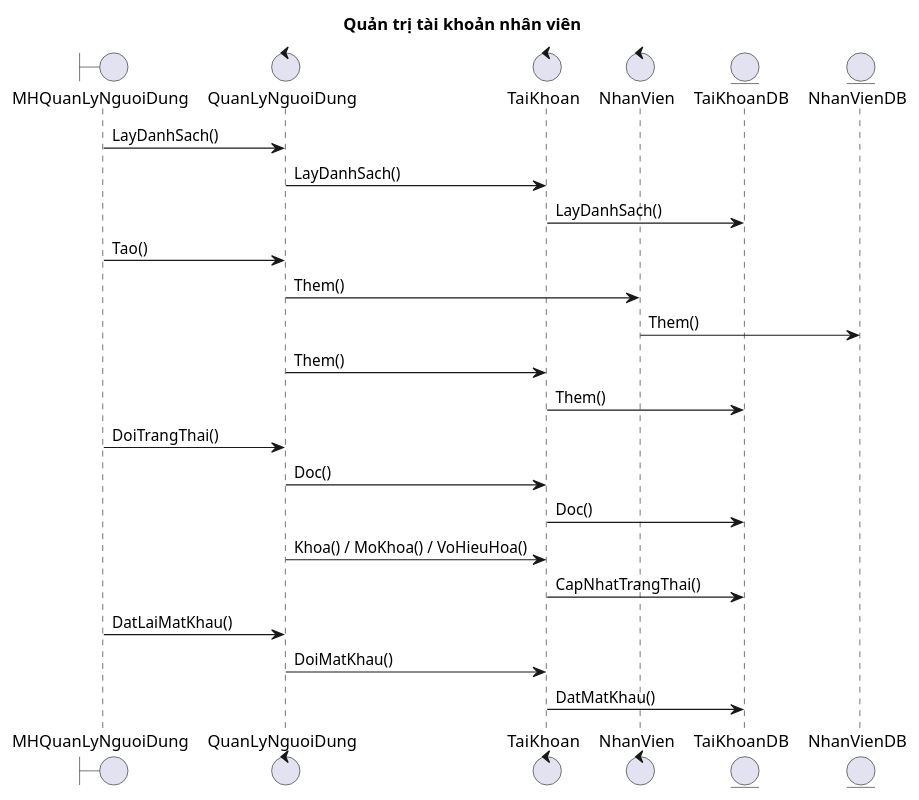
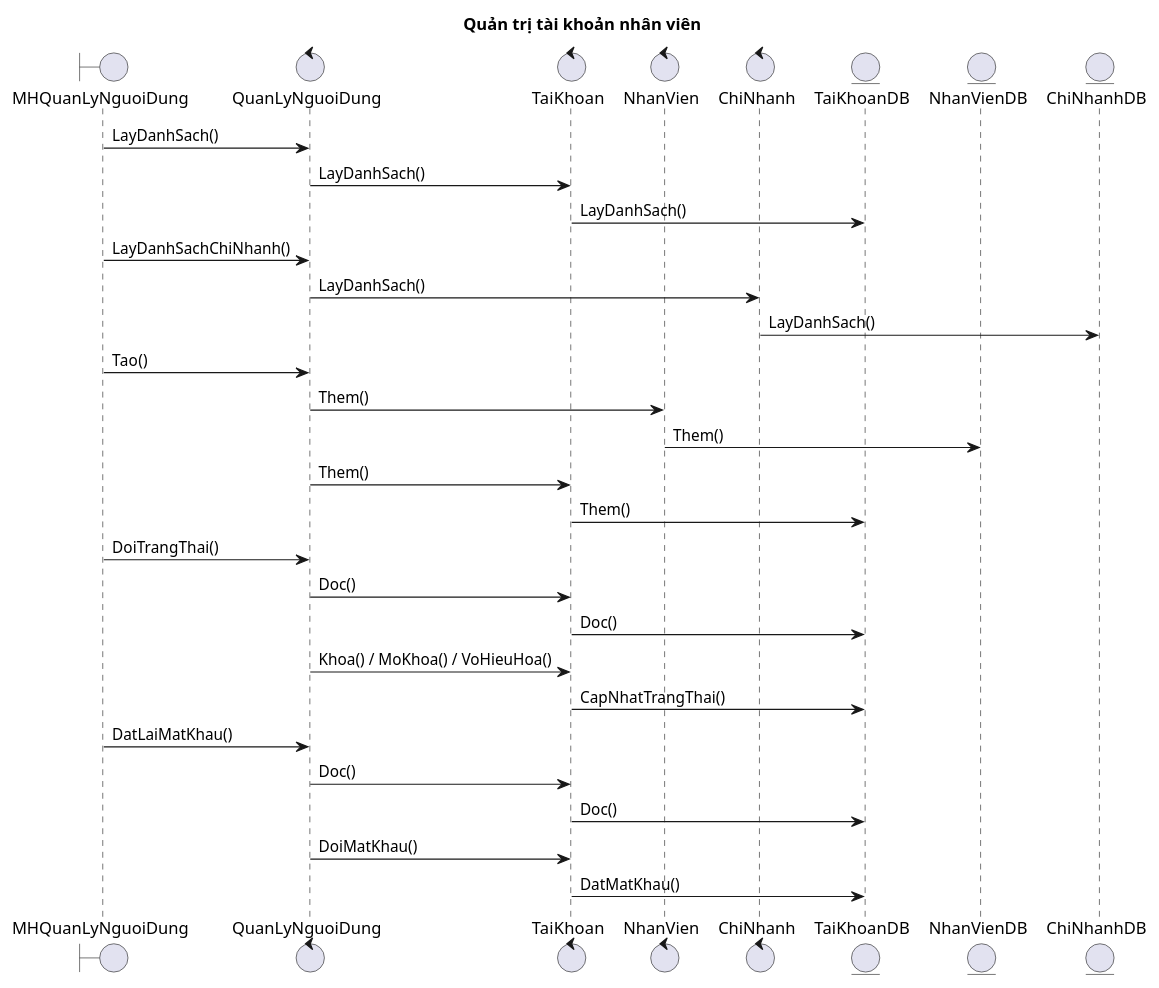
One commit to Ming1309/HomeStay-Dorm changed the diagram in docs/uml/quan-tri-user-sequence.puml. Above: the diagram before and after it, drawn with PlantUML. The commit also changed 29 other files, not shown here.

```diff
--- a/docs/uml/quan-tri-user-sequence.puml
+++ b/docs/uml/quan-tri-user-sequence.puml
@@ -1,28 +1,35 @@
 @startuml
 title Quản trị tài khoản nhân viên
 skinparam responseMessageBelowArrow true
 
 boundary MHQuanLyNguoiDung
 control QuanLyNguoiDung
 control TaiKhoan
 control NhanVien
+control ChiNhanh
 entity TaiKhoanDB
 entity NhanVienDB
+entity ChiNhanhDB
 
 MHQuanLyNguoiDung -> QuanLyNguoiDung: LayDanhSach()
 QuanLyNguoiDung -> TaiKhoan: LayDanhSach()
 TaiKhoan -> TaiKhoanDB: LayDanhSach()
+MHQuanLyNguoiDung -> QuanLyNguoiDung: LayDanhSachChiNhanh()
+QuanLyNguoiDung -> ChiNhanh: LayDanhSach()
+ChiNhanh -> ChiNhanhDB: LayDanhSach()
 MHQuanLyNguoiDung -> QuanLyNguoiDung: Tao()
 QuanLyNguoiDung -> NhanVien: Them()
 NhanVien -> NhanVienDB: Them()
 QuanLyNguoiDung -> TaiKhoan: Them()
 TaiKhoan -> TaiKhoanDB: Them()
 MHQuanLyNguoiDung -> QuanLyNguoiDung: DoiTrangThai()
 QuanLyNguoiDung -> TaiKhoan: Doc()
 TaiKhoan -> TaiKhoanDB: Doc()
 QuanLyNguoiDung -> TaiKhoan: Khoa() / MoKhoa() / VoHieuHoa()
 TaiKhoan -> TaiKhoanDB: CapNhatTrangThai()
 MHQuanLyNguoiDung -> QuanLyNguoiDung: DatLaiMatKhau()
+QuanLyNguoiDung -> TaiKhoan: Doc()
+TaiKhoan -> TaiKhoanDB: Doc()
 QuanLyNguoiDung -> TaiKhoan: DoiMatKhau()
 TaiKhoan -> TaiKhoanDB: DatMatKhau()
 @enduml
```
